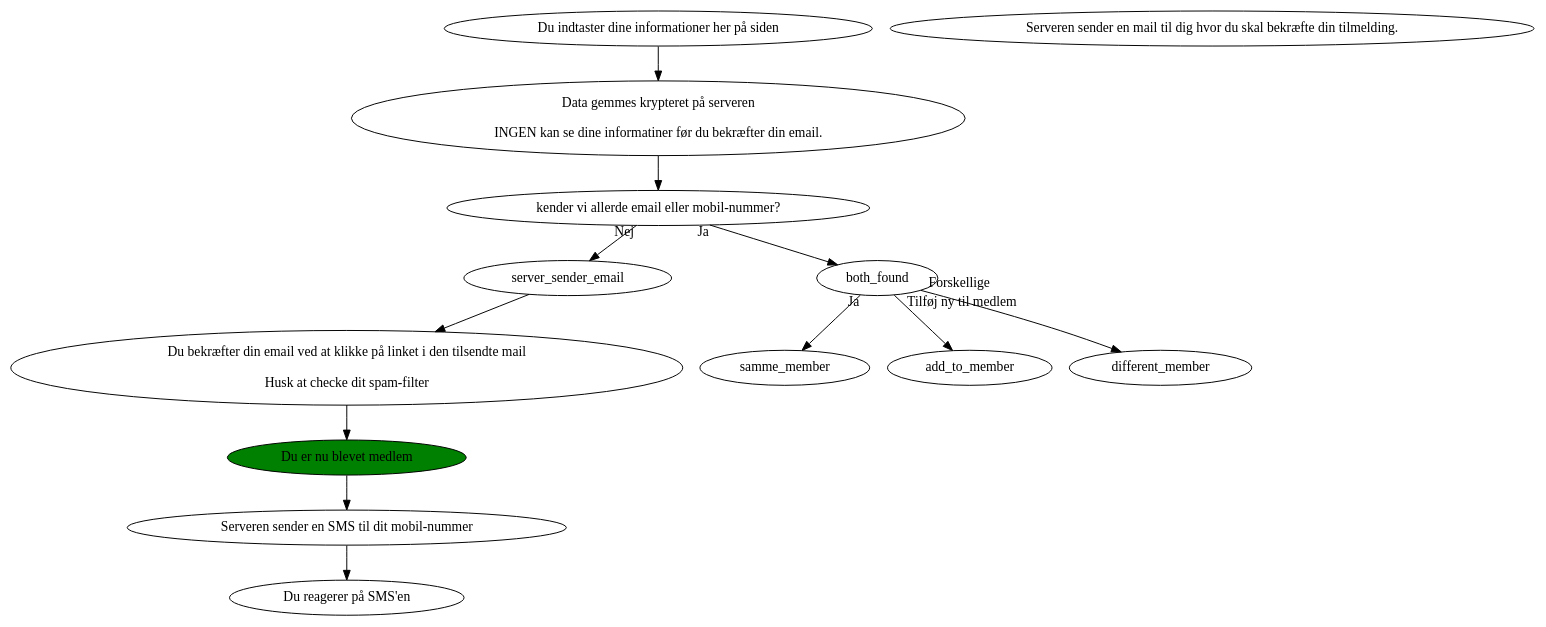
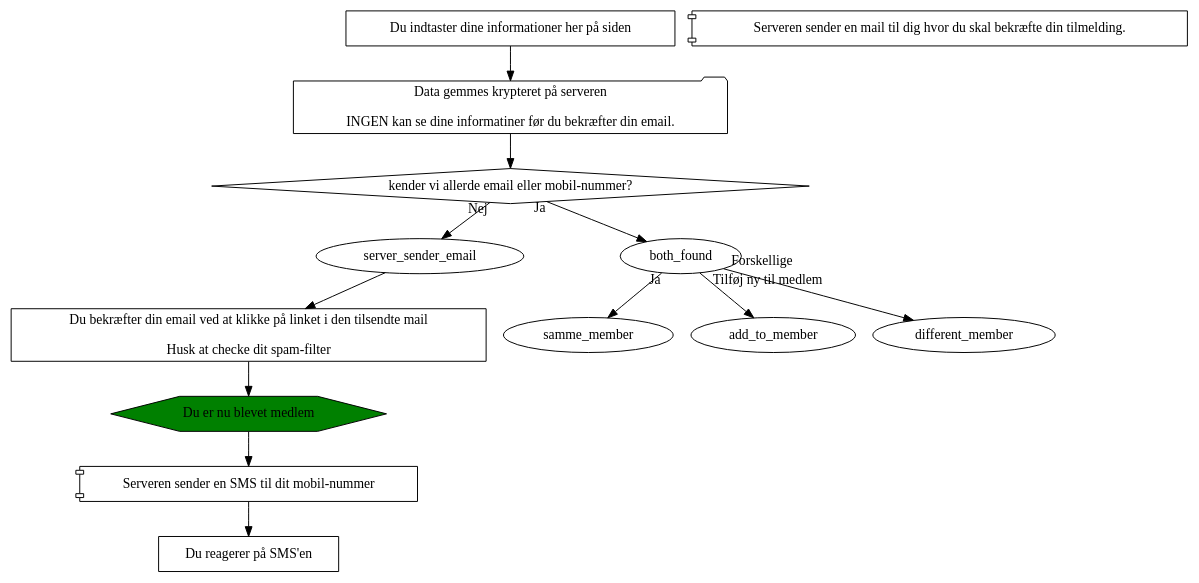
The diagram in medlemskab/indmeldelse.dot (alslug/alslug.dk), drawn with Graphviz before and after one commit.

```diff
--- a/medlemskab/indmeldelse.dot
+++ b/medlemskab/indmeldelse.dot
@@ -1,17 +1,17 @@
 digraph indmeldelse {
-  indtast                [label="Du indtaster dine informationer her på siden"];
-  send_tilmelding        [label="Data gemmes krypteret på serveren\n\nINGEN kan se dine informatiner før du bekræfter din email."];
-  findes_allerede        [label="kender vi allerde email eller mobil-nummer?"];
+  indtast                [shape=box       label="Du indtaster dine informationer her på siden"];
+  send_tilmelding        [shape=folder    label="Data gemmes krypteret på serveren\n\nINGEN kan se dine informatiner før du bekræfter din email."];
+  findes_allerede        [shape=diamond   label="kender vi allerde email eller mobil-nummer?"];
 
-  server_sender_ny_email [label="Serveren sender en mail til dig hvor du skal bekræfte din tilmelding."];
-  confirm_email          [label="Du bekræfter din email ved at klikke på linket i den tilsendte mail\n\nHusk at checke dit spam-filter"];
-  du_biver_medlem        [label="Du er nu blevet medlem" style=filled fillcolor=green ];
-  server_sender_sms      [label="Serveren sender en SMS til dit mobil-nummer"];
-  confirm_sms            [label="Du reagerer på SMS'en"];
+  server_sender_ny_email [shape=component label="Serveren sender en mail til dig hvor du skal bekræfte din tilmelding."];
+  confirm_email          [shape=box       label="Du bekræfter din email ved at klikke på linket i den tilsendte mail\n\nHusk at checke dit spam-filter"];
+  du_biver_medlem        [shape=hexagon   label="Du er nu blevet medlem" style=filled fillcolor=green ];
+  server_sender_sms      [shape=component label="Serveren sender en SMS til dit mobil-nummer"];
+  confirm_sms            [shape=box       label="Du reagerer på SMS'en"];
   
   indtast -> send_tilmelding -> findes_allerede;
                                 findes_allerede -> server_sender_email [taillabel="Nej"];  server_sender_email -> confirm_email -> du_biver_medlem -> server_sender_sms -> confirm_sms;
                                 findes_allerede -> both_found          [taillabel="Ja"];   both_found -> samme_member     [taillabel="Ja"];
                                                                                            both_found -> add_to_member    [taillabel="Tilføj ny til medlem"]
                                                                                            both_found -> different_member [taillabel="Forskellige"];
 }
```
